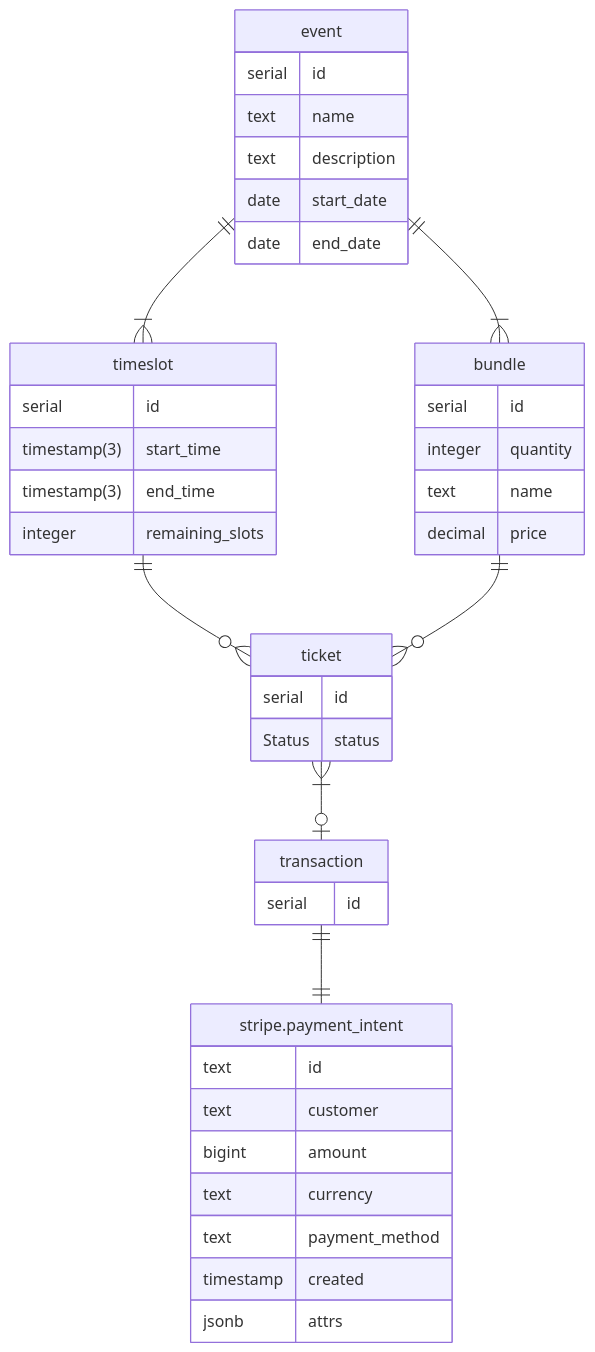
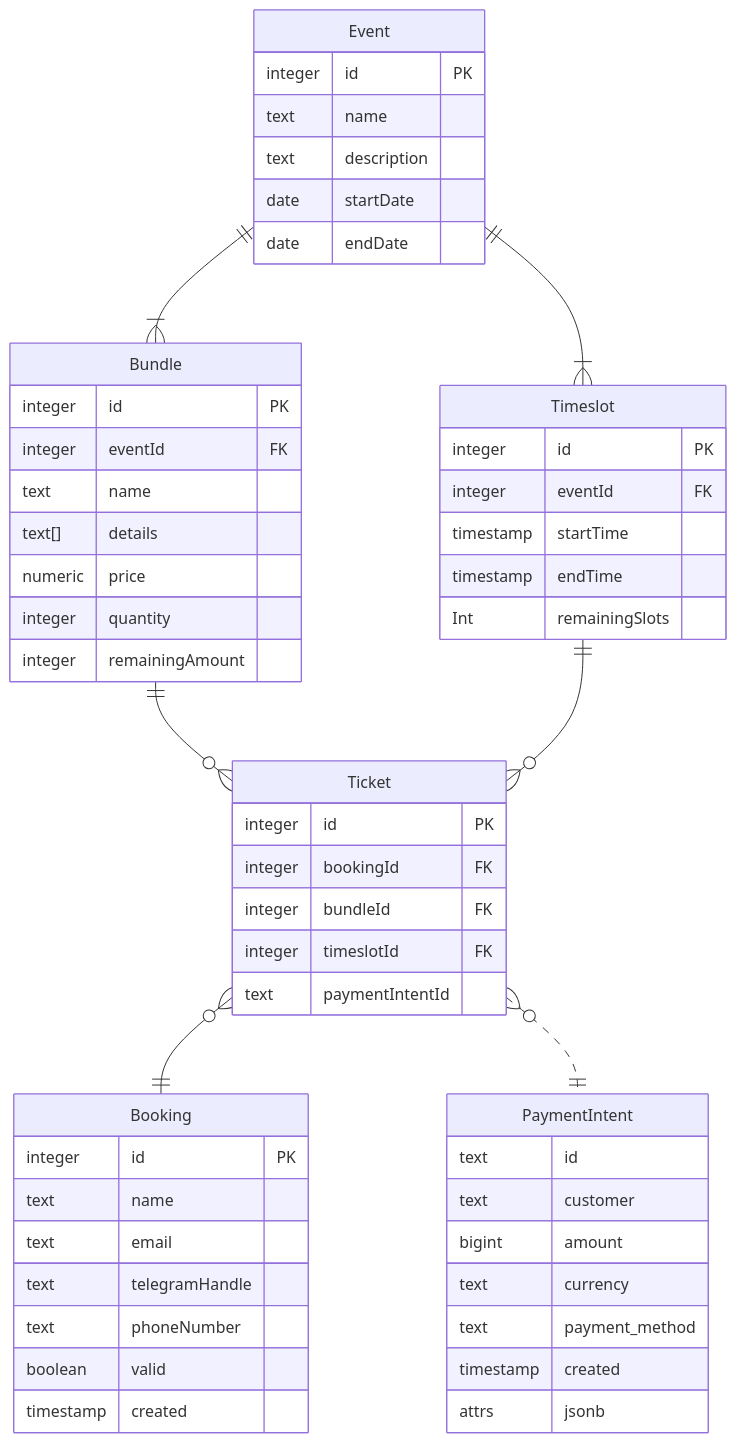
Before and after one commit to GTD-IT-XXIV/gtd-xxvi-website: the second of 2 diagrams in docs/er-diagram.md, drawn with Mermaid. The commit also changed other lines of this file and 6 other files, not shown here.

Commit message:
feat: update schemas & documentation

````diff
--- a/docs/er-diagram.md
+++ b/docs/er-diagram.md
@@ -3,44 +56,58 @@
 ```mermaid
 erDiagram
-  event ||--|{ timeslot: ""
-  event ||--|{ bundle: ""
-  event {
-    serial id
+  Event {
+    integer id PK
     text name
     text description
-    date start_date
-    date end_date
+    date startDate
+    date endDate
   }
-  timeslot ||--o{ ticket: ""
-  timeslot {
-    serial id
-    timestamp(3) start_time
-    timestamp(3) end_time
-    integer remaining_slots
-   }
-  bundle ||--o{ ticket: ""
-  bundle {
-    serial id
+  Bundle {
+    integer id PK
+    integer eventId FK
+    text name
+    text[] details
+    numeric price
     integer quantity
+    integer remainingAmount
+  }
+  Timeslot {
+    integer id PK
+    integer eventId FK
+    timestamp startTime
+    timestamp endTime
+    Int remainingSlots
+  }
+  Ticket {
+    integer id PK
+    integer bookingId FK
+    integer bundleId FK
+    integer timeslotId FK
+    text paymentIntentId
+  }
+  Booking {
+    integer id PK
     text name
-    decimal price
+    text email
+    text telegramHandle
+    text phoneNumber
+    boolean valid
+    timestamp created
   }
-  ticket }|--o| transaction: ""
-  ticket {
-    serial id
-    Status status
-  }
-  transaction ||--|| "stripe.payment_intent": ""
-  transaction {
-    serial id
-  }
-  "stripe.payment_intent" {
+  PaymentIntent {
     text id
     text customer
     bigint amount
     text currency
     text payment_method
     timestamp created
-    jsonb attrs
+    attrs jsonb
   }
+
+  Event ||--|{ Bundle : ""
+  Event ||--|{ Timeslot : ""
+  Bundle ||--o{ Ticket : ""
+  Timeslot ||--o{ Ticket : ""
+  Ticket }o--|| Booking : ""
+  Ticket }o..|| PaymentIntent: ""
 ```
````
